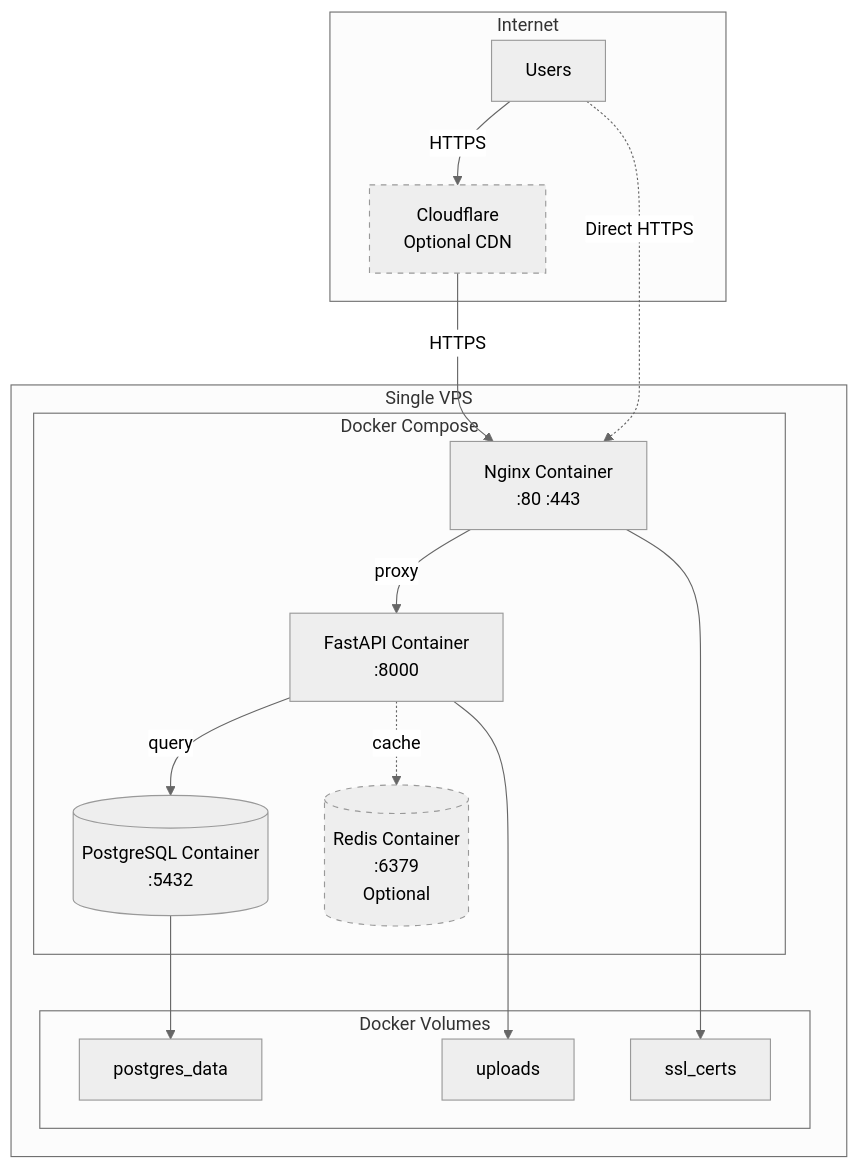
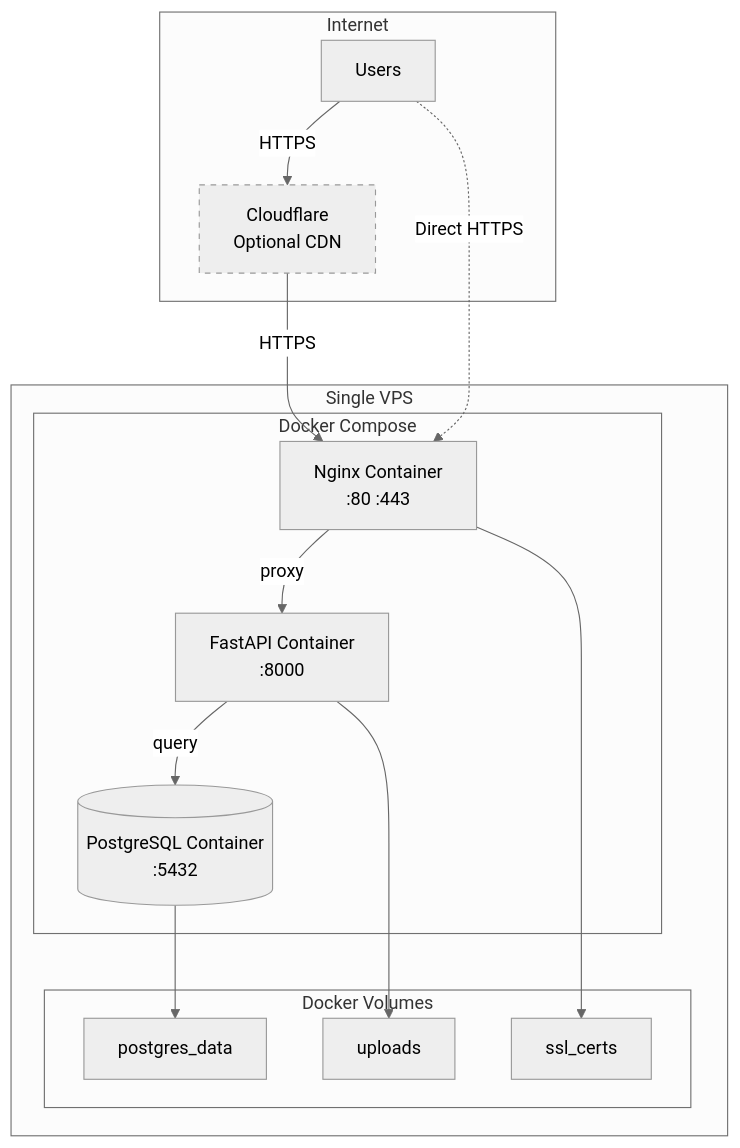
One commit to matescb/jidelnicek_2.0 changed the third of 3 diagrams in Documentation/jidelnicek_Technical Architecture.md. Above: the diagram before and after it, drawn with Mermaid (neutral theme). The commit also changed other lines of this file and 17 other files, not shown here.

````diff
--- a/Documentation/jidelnicek_Technical Architecture.md
+++ b/Documentation/jidelnicek_Technical Architecture.md
@@ -1357,37 +1309,34 @@
 ```mermaid
 graph TB
     subgraph "Internet"
         USERS[Users]
         CF[Cloudflare<br/>Optional CDN]
     end
     
     subgraph "Single VPS"
         subgraph "Docker Compose"
             NGINX[Nginx Container<br/>:80 :443]
             API[FastAPI Container<br/>:8000]
             POSTGRES[(PostgreSQL Container<br/>:5432)]
-            REDIS[(Redis Container<br/>:6379<br/>Optional)]
         end
         
         subgraph "Docker Volumes"
             PGDATA[postgres_data]
             UPLOADS[uploads]
             CERTS[ssl_certs]
         end
     end
     
     USERS -->|HTTPS| CF
     CF -->|HTTPS| NGINX
     USERS -.->|Direct HTTPS| NGINX
     
     NGINX -->|proxy| API
     API -->|query| POSTGRES
-    API -.->|cache| REDIS
     
     POSTGRES --> PGDATA
     API --> UPLOADS
     NGINX --> CERTS
     
     style CF stroke-dasharray: 5 5
-    style REDIS stroke-dasharray: 5 5
 ```
````
